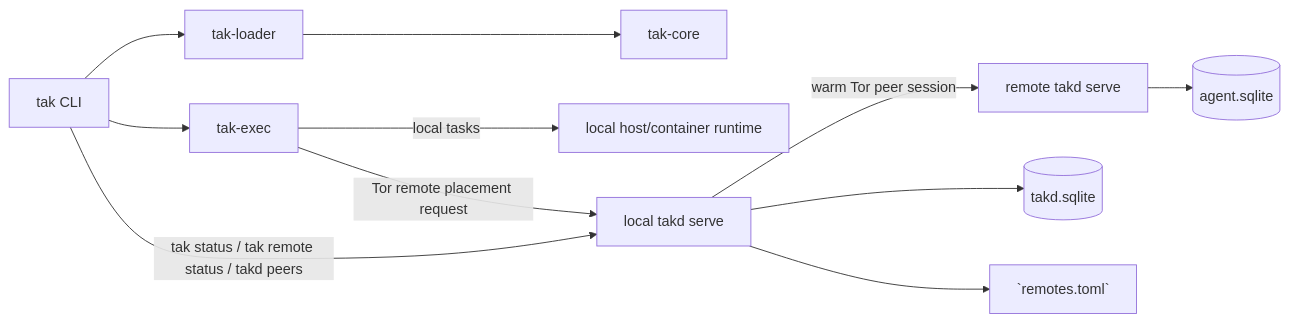
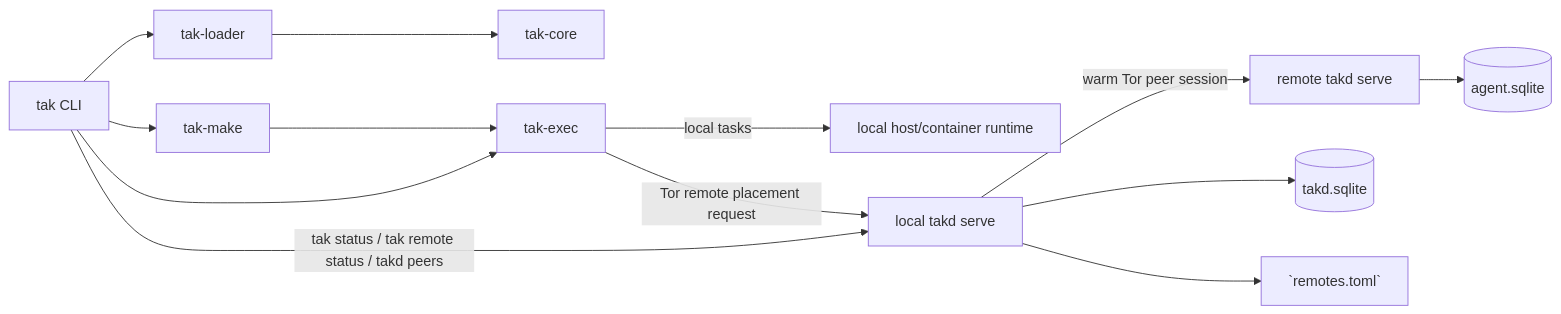
Before and after one commit to gu1p/tak: the diagram in ARCHITECTURE.md, drawn with Mermaid. The commit also changed other lines of this file and 55 other files, not shown here.

````diff
--- a/ARCHITECTURE.md
+++ b/ARCHITECTURE.md
@@ -46,13 +49,15 @@
 ```mermaid
 flowchart LR
     CLI[tak CLI] --> Loader[tak-loader]
+    CLI --> Make[tak-make]
     Loader --> Core[tak-core]
+    Make --> Exec[tak-exec]
     CLI --> Exec[tak-exec]
     Exec -->|local tasks| Local[local host/container runtime]
     Exec -->|Tor remote placement request| LocalTakd[local takd serve]
     CLI -->|tak status / tak remote status / takd peers| LocalTakd
     LocalTakd -->|warm Tor peer session| RemoteTakd[remote takd serve]
     RemoteTakd --> AgentDb[(agent.sqlite)]
     LocalTakd --> LeaseDb[(takd.sqlite)]
     LocalTakd --> Inventory[`remotes.toml`]
 ```
````
